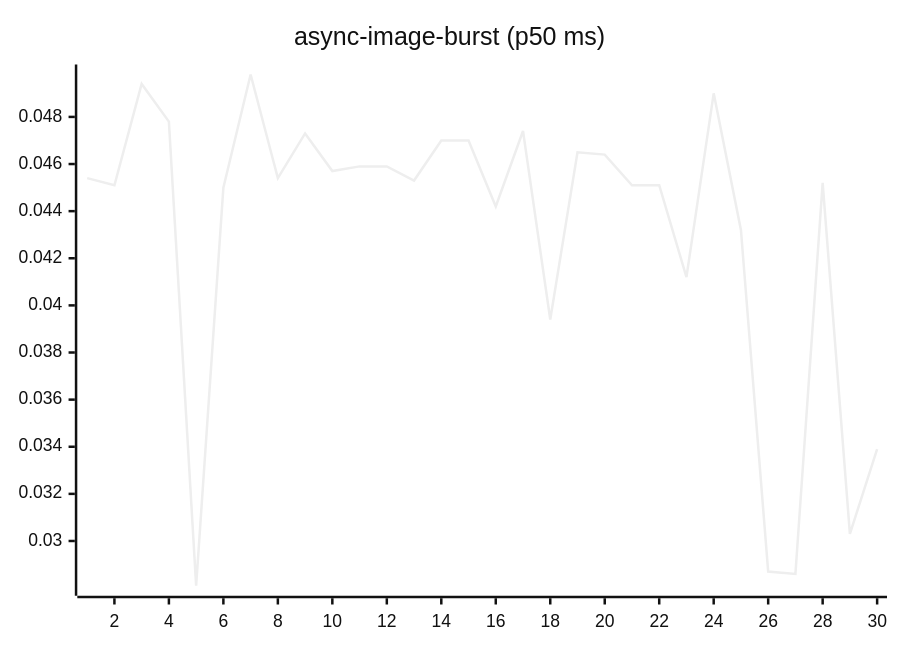
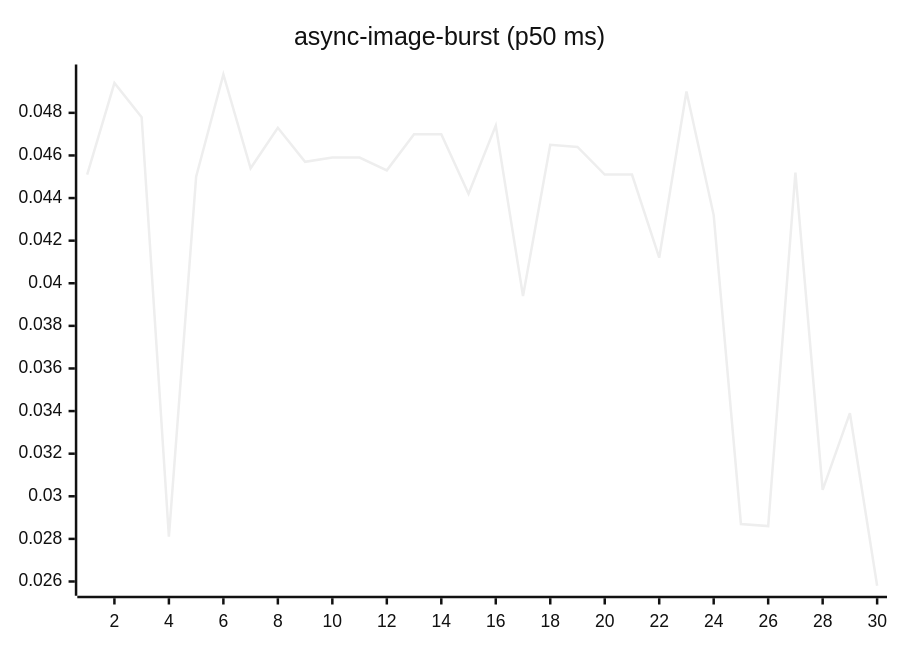
The fourth of 27 diagrams in README.md (josha/Facet), drawn with Mermaid (neutral theme) before and after one commit. The commit also changed other lines of this file and 2 other files, not shown here.

````diff
--- a/README.md
+++ b/README.md
@@ -84,6 +84,6 @@
 ```mermaid
 xychart-beta
     title "async-image-burst (p50 ms)"
     x-axis 1 --> 30
-    line [0.0454, 0.0451, 0.0494, 0.0478, 0.0281, 0.0450, 0.0498, 0.0454, 0.0473, 0.0457, 0.0459, 0.0459, 0.0453, 0.0470, 0.0470, 0.0442, 0.0474, 0.0394, 0.0465, 0.0464, 0.0451, 0.0451, 0.0412, 0.0490, 0.0432, 0.0287, 0.0286, 0.0452, 0.0303, 0.0339]
+    line [0.0451, 0.0494, 0.0478, 0.0281, 0.0450, 0.0498, 0.0454, 0.0473, 0.0457, 0.0459, 0.0459, 0.0453, 0.0470, 0.0470, 0.0442, 0.0474, 0.0394, 0.0465, 0.0464, 0.0451, 0.0451, 0.0412, 0.0490, 0.0432, 0.0287, 0.0286, 0.0452, 0.0303, 0.0339, 0.0258]
 ```
````
